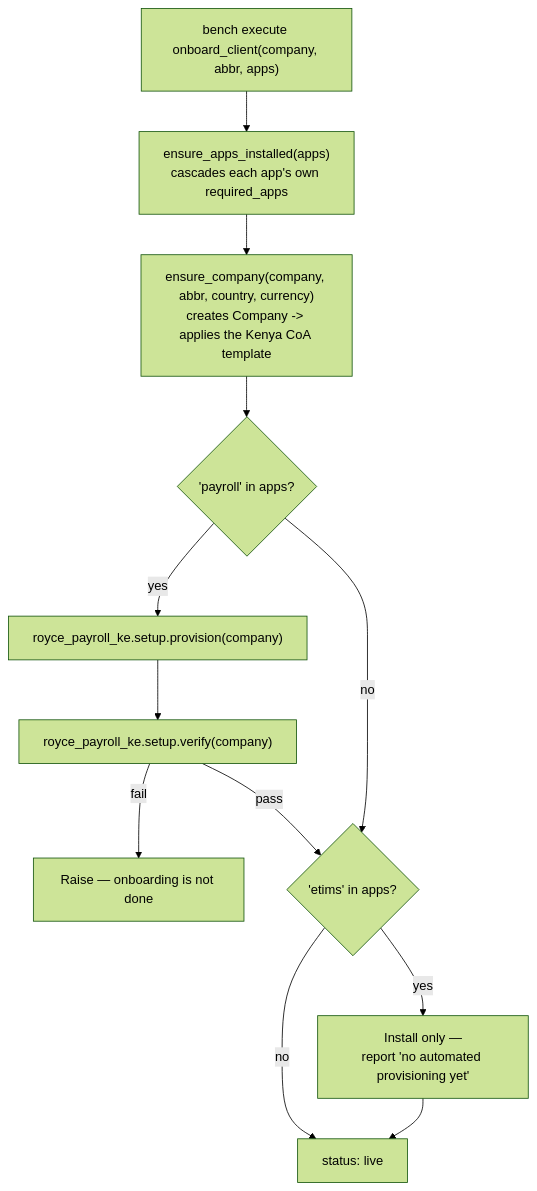
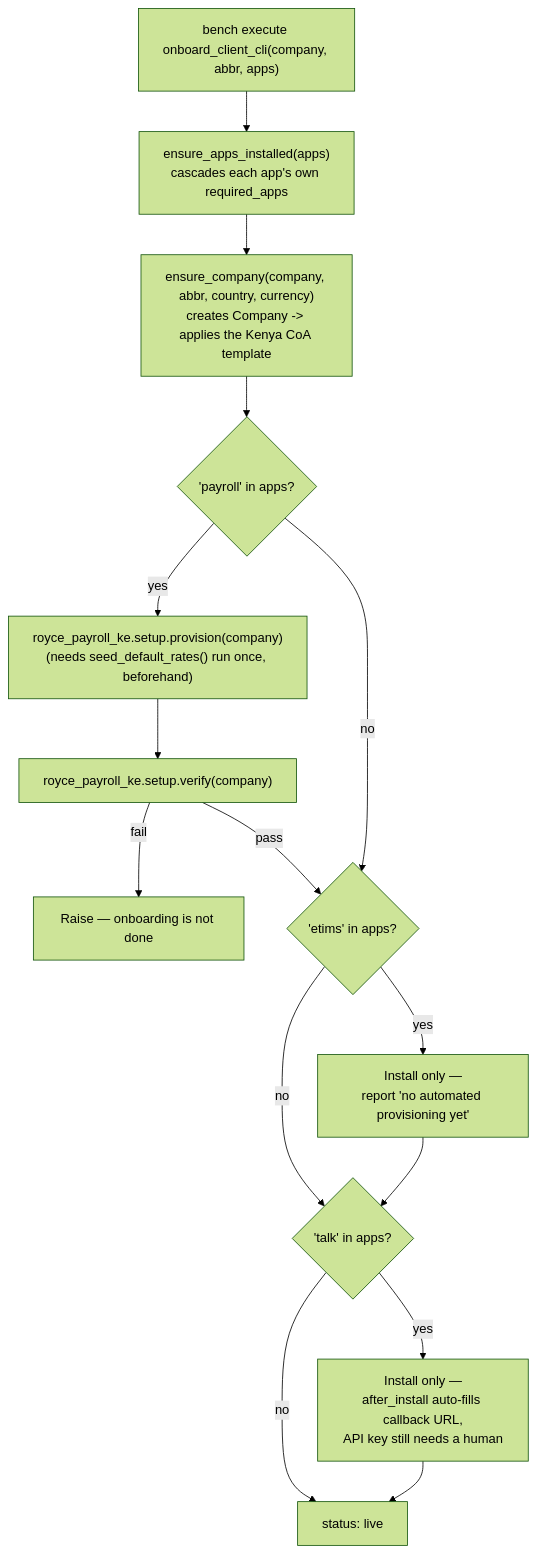
Before and after one commit to royceltd/en_royce_provision: the first of 2 diagrams in docs/architecture.md, drawn with Mermaid (forest theme). The commit also changed other lines of this file and 2 other files, not shown here.

First line of the commit message:
feat: add royce_talk to the product catalog

````diff
--- a/docs/architecture.md
+++ b/docs/architecture.md
@@ -55,14 +62,17 @@
 ```mermaid
 flowchart TD
-    A["bench execute onboard_client(company, abbr, apps)"] --> B["ensure_apps_installed(apps)\ncascades each app's own required_apps"]
+    A["bench execute onboard_client_cli(company, abbr, apps)"] --> B["ensure_apps_installed(apps)\ncascades each app's own required_apps"]
     B --> C["ensure_company(company, abbr, country, currency)\ncreates Company -> applies the Kenya CoA template"]
     C --> D{"'payroll' in apps?"}
-    D -- yes --> E["royce_payroll_ke.setup.provision(company)"]
+    D -- yes --> E["royce_payroll_ke.setup.provision(company)\n(needs seed_default_rates() run once, beforehand)"]
     E --> F["royce_payroll_ke.setup.verify(company)"]
     F -- fail --> G["Raise — onboarding is not done"]
     F -- pass --> H
     D -- no --> H{"'etims' in apps?"}
     H -- yes --> I["Install only —\nreport 'no automated provisioning yet'"]
-    H -- no --> J["status: live"]
-    I --> J
+    H -- no --> K{"'talk' in apps?"}
+    I --> K
+    K -- yes --> L["Install only —\nafter_install auto-fills callback URL,\nAPI key still needs a human"]
+    K -- no --> J["status: live"]
+    L --> J
 ```
````
